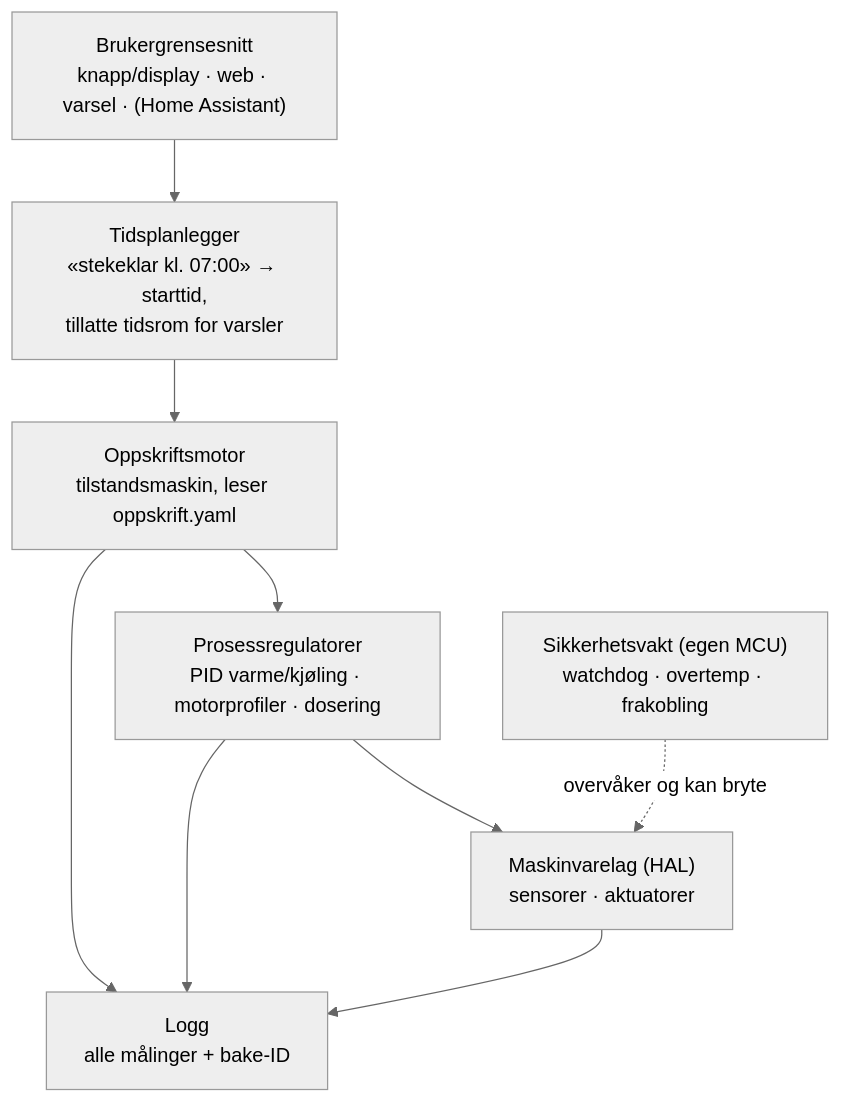
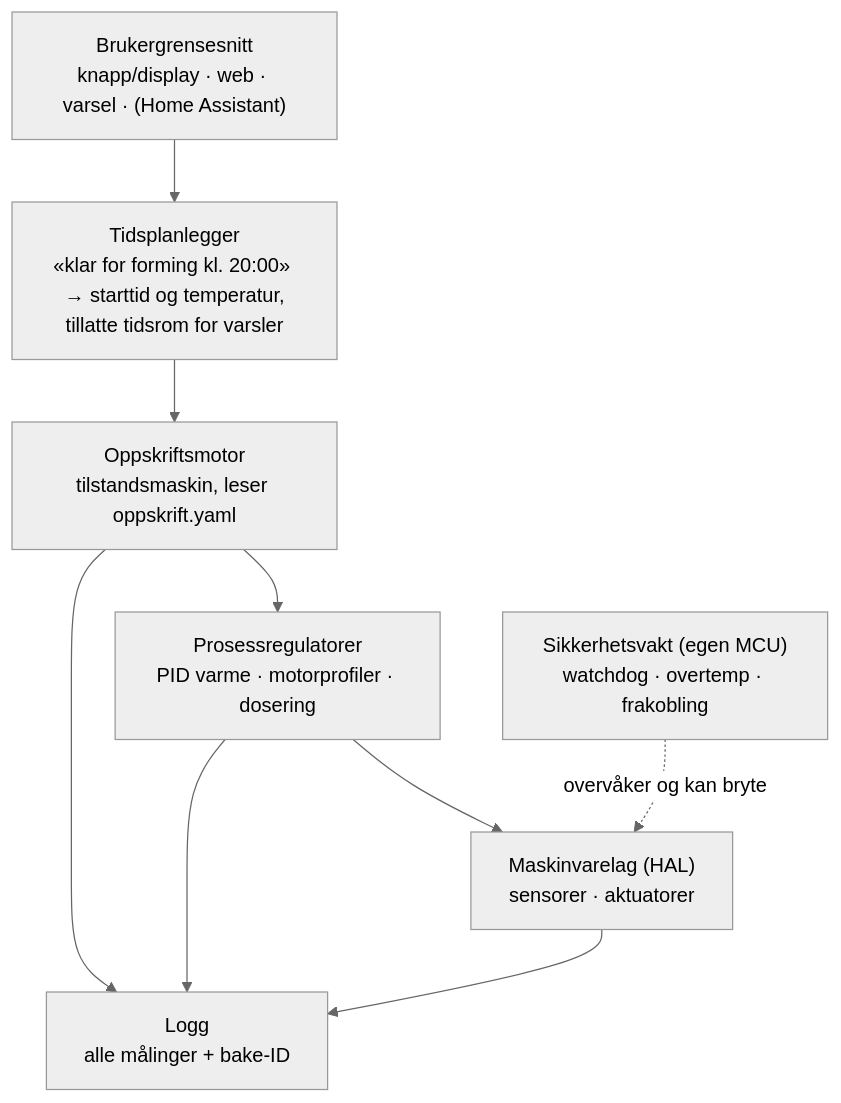
One commit to erikhafnor/surdeigsbaker changed the second of 3 diagrams in docs/07-arkitektur.md. Above: the diagram before and after it, drawn with Mermaid (neutral theme). The commit also changed other lines of this file and 106 other files, not shown here.

````diff
--- a/docs/07-arkitektur.md
+++ b/docs/07-arkitektur.md
@@ -101,15 +103,15 @@
 ```mermaid
 flowchart TB
   UI["Brukergrensesnitt<br/>knapp/display · web · varsel · (Home Assistant)"]
-  PLAN["Tidsplanlegger<br/>«stekeklar kl. 07:00» → starttid,<br/>tillatte tidsrom for varsler"]
+  PLAN["Tidsplanlegger<br/>«klar for forming kl. 20:00» → starttid og temperatur,<br/>tillatte tidsrom for varsler"]
   MOTOR["Oppskriftsmotor<br/>tilstandsmaskin, leser oppskrift.yaml"]
-  REG["Prosessregulatorer<br/>PID varme/kjøling · motorprofiler · dosering"]
+  REG["Prosessregulatorer<br/>PID varme · motorprofiler · dosering"]
   HAL["Maskinvarelag (HAL)<br/>sensorer · aktuatorer"]
   LOG["Logg<br/>alle målinger + bake-ID"]
   SAFE["Sikkerhetsvakt (egen MCU)<br/>watchdog · overtemp · frakobling"]
   UI --> PLAN --> MOTOR --> REG --> HAL
   MOTOR --> LOG
   REG --> LOG
   HAL --> LOG
   SAFE -. overvåker og kan bryte .-> HAL
 ```
````
